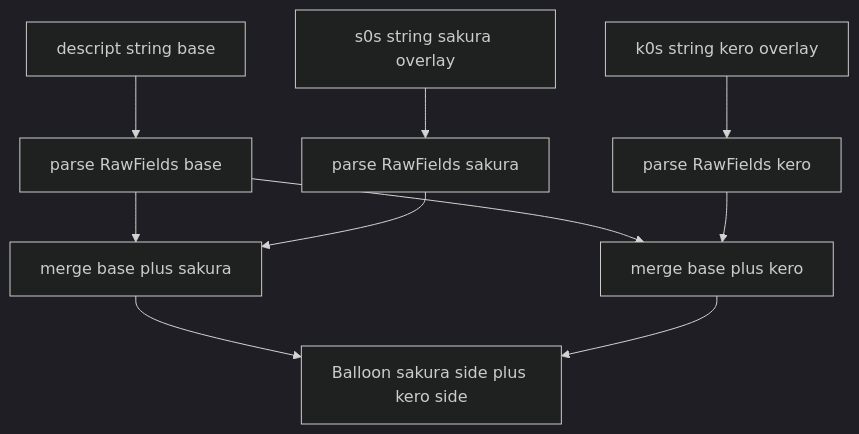
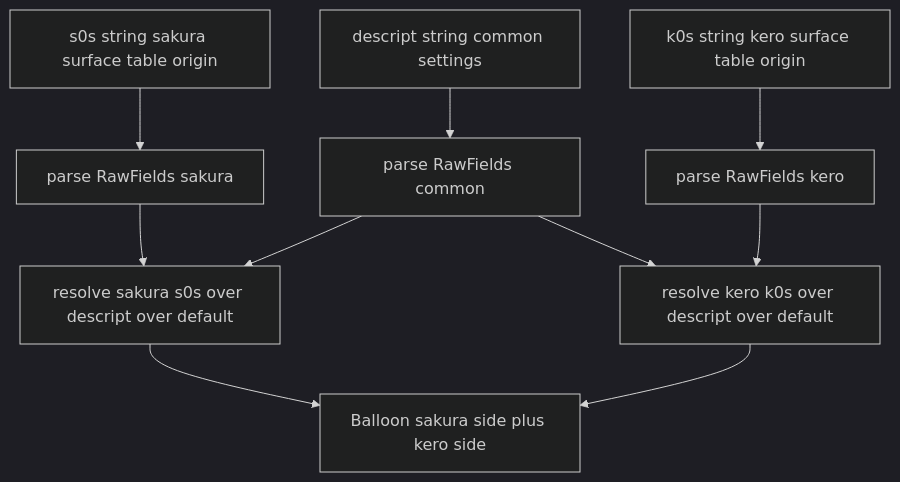
Before and after one commit to ekicyou/areka: the second of 2 diagrams in .kiro/specs/areka-P0-balloon-parse/design.md, drawn with Mermaid (dark theme). The commit also changed other lines of this file and 2 other files, not shown here.

First line of the commit message:
docs(areka-P0-balloon-parse): resolve design discussion #1 - reference priority (surface table > descript > default) + per-surface model

````diff
--- a/.kiro/specs/areka-P0-balloon-parse/design.md
+++ b/.kiro/specs/areka-P0-balloon-parse/design.md
@@ -140,12 +140,12 @@
 ```mermaid
 flowchart TB
-    In_descript[descript string base] --> P1[parse RawFields base]
-    In_s0s[s0s string sakura overlay] --> P2[parse RawFields sakura]
-    In_k0s[k0s string kero overlay] --> P3[parse RawFields kero]
-    P1 --> M1[merge base plus sakura]
-    P2 --> M1
-    P1 --> M2[merge base plus kero]
-    P3 --> M2
+    In_descript[descript string common settings] --> P1[parse RawFields common]
+    In_s0s[s0s string sakura surface table origin] --> P2[parse RawFields sakura]
+    In_k0s[k0s string kero surface table origin] --> P3[parse RawFields kero]
+    P2 --> M1[resolve sakura s0s over descript over default]
+    P1 --> M1
+    P3 --> M2[resolve kero k0s over descript over default]
+    P1 --> M2
     M1 --> Out[Balloon sakura side plus kero side]
     M2 --> Out
 ```
````
